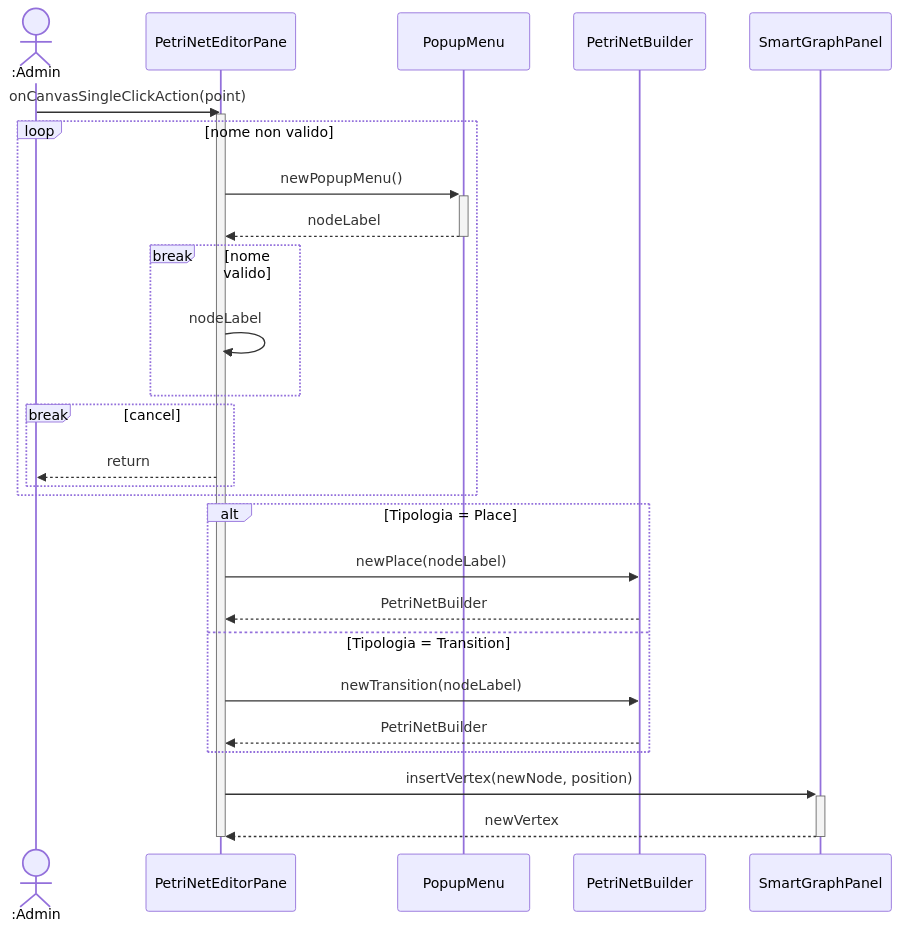
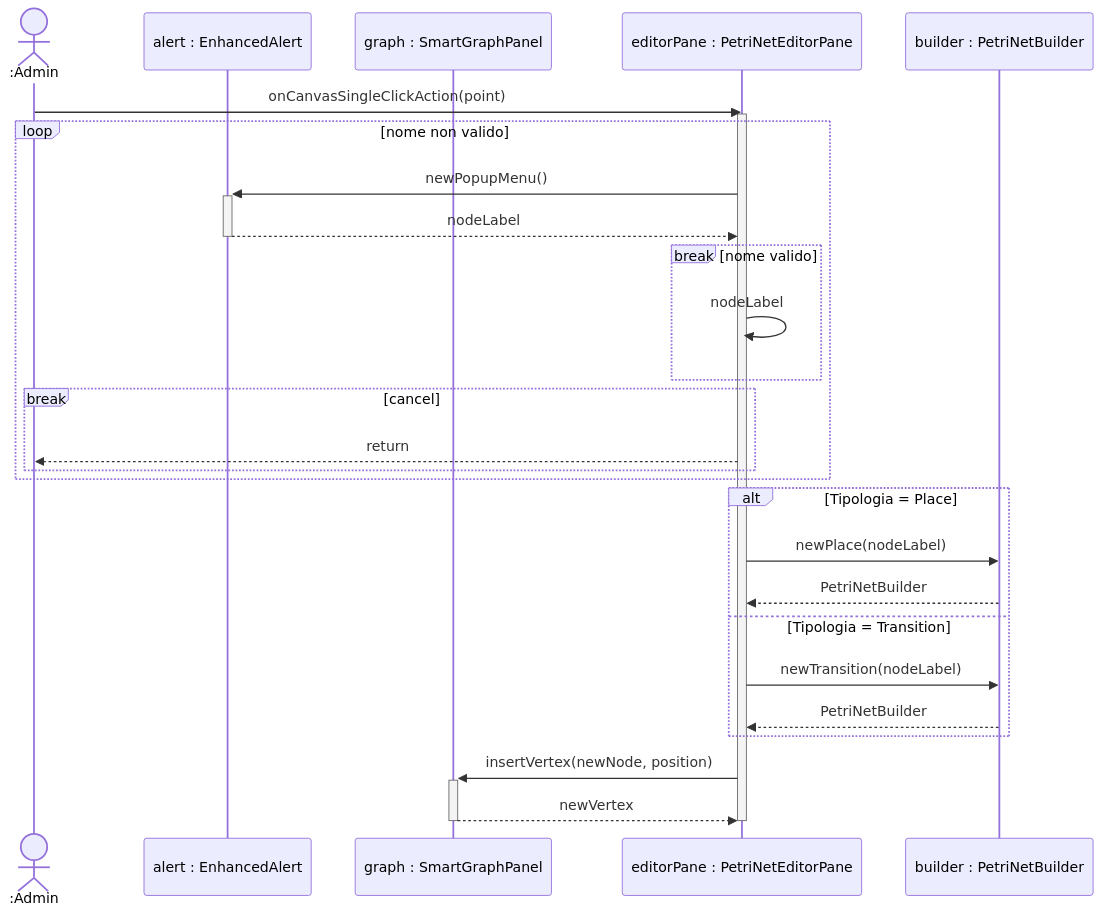
One commit to alessio-vivaldelli/PetriHub changed the diagram in docs/petri-net/sequence diagram/sequence_editor_canvas_click.mmd. Above: the diagram before and after it, drawn with Mermaid. The commit also changed 7 other files, not shown here.

Commit message:
refactor sequence diagrams to improve participant naming for clarity and consistency

```diff
--- a/docs/petri-net/sequence diagram/sequence_editor_canvas_click.mmd
+++ b/docs/petri-net/sequence diagram/sequence_editor_canvas_click.mmd
@@ -1,37 +1,34 @@
 sequenceDiagram
     actor Admin as :Admin
-    participant EditorPane as PetriNetEditorPane
-    participant Popup as PopupMenu
-    participant Builder as PetriNetBuilder
-    participant GraphView as SmartGraphPanel
-    participant EditorPane as PetriNetEditorPane
-    participant Builder as PetriNetBuilder
+    participant Popup as alert : EnhancedAlert
+    participant GraphView as graph : SmartGraphPanel
+    participant EditorPane as editorPane : PetriNetEditorPane
+    participant Builder as builder : PetriNetBuilder
 
-    participant GraphView as SmartGraphPanel
 
     Admin->>EditorPane: onCanvasSingleClickAction(point)
     activate EditorPane
     loop nome non valido
         EditorPane->>+Popup: newPopupMenu()
         Popup-->>-EditorPane: nodeLabel
         break nome valido
             EditorPane->>EditorPane: nodeLabel
         end
         break cancel
             EditorPane-->>Admin: return
         end
     end
 
         alt Tipologia = Place
             EditorPane->>Builder: newPlace(nodeLabel)
             Builder-->>EditorPane: PetriNetBuilder
 
         else Tipologia = Transition
         EditorPane->>Builder: newTransition(nodeLabel)
         Builder-->>EditorPane: PetriNetBuilder
         end
 
         EditorPane->>+GraphView: insertVertex(newNode, position)
         GraphView-->>-EditorPane: newVertex
 
     deactivate EditorPane
```
